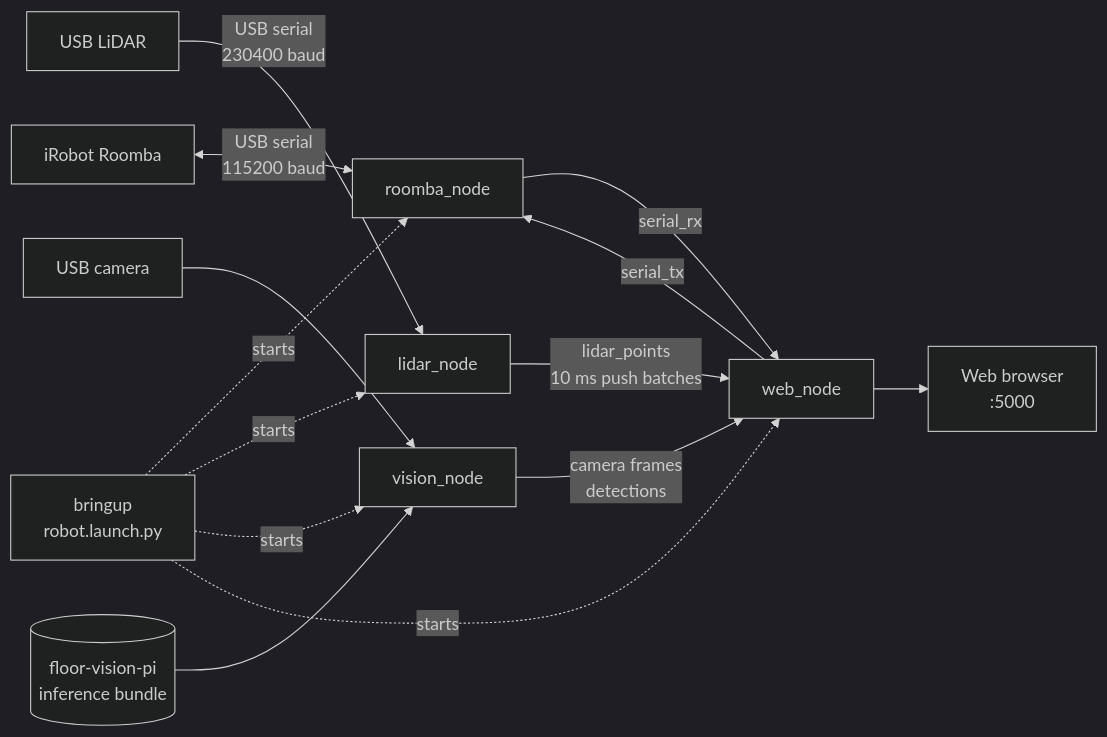
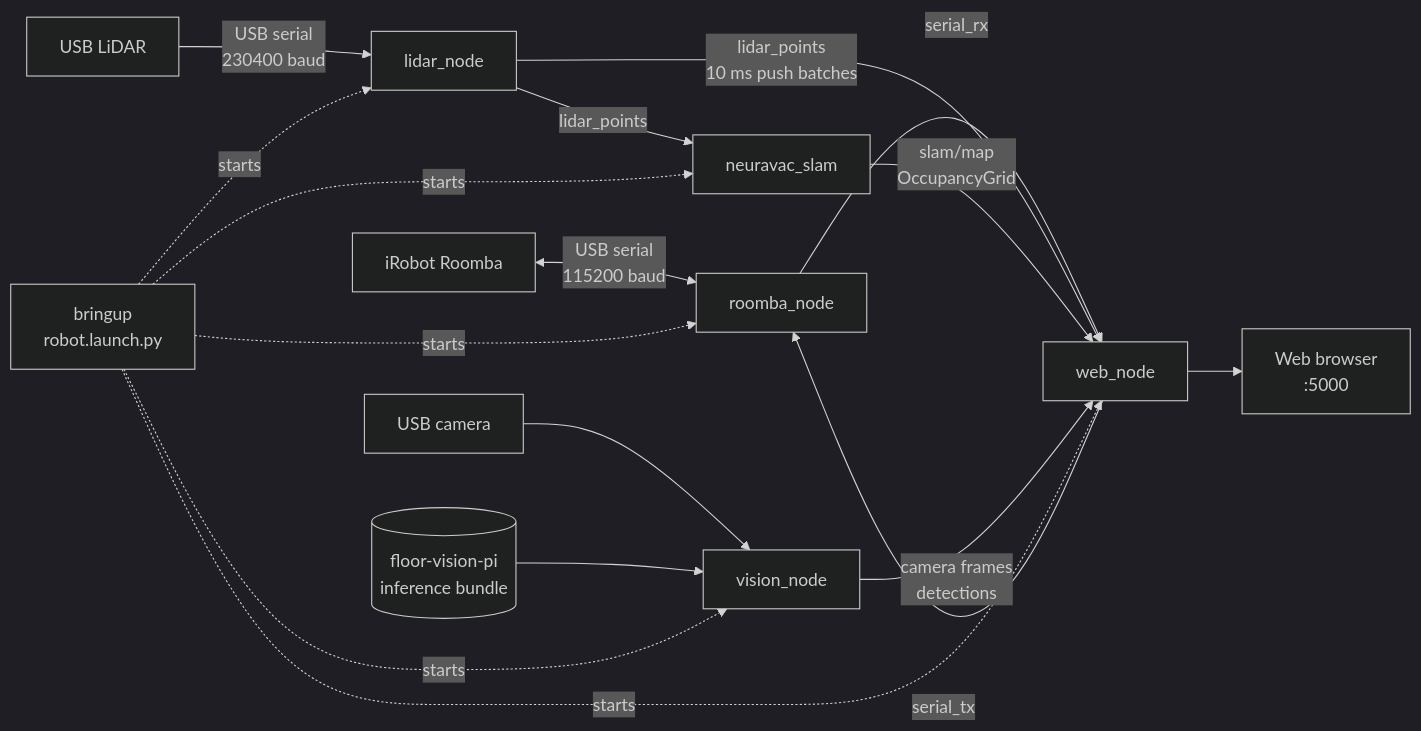
One commit to Ericdmch/NeuraVac changed the diagram in README.md. Above: the diagram before and after it, drawn with Mermaid (dark theme). The commit also changed other lines of this file and 10 other files, not shown here.

````diff
--- a/README.md
+++ b/README.md
@@ -25,17 +25,20 @@
 ```mermaid
 flowchart LR
     Roomba[ iRobot Roomba ] <-->|USB serial<br/>115200 baud| R[roomba_node]
     Lidar[USB LiDAR] -->|USB serial<br/>230400 baud| L[lidar_node]
+    L -->|lidar_points| S[neuravac_slam]
     Camera[USB camera] --> V[vision_node]
     Bundle[(floor-vision-pi<br/>inference bundle)] --> V
 
     R -->|serial_rx| W[web_node]
     W -->|serial_tx| R
     L -->|lidar_points<br/>10 ms push batches| W
+    S -->|slam/map<br/>OccupancyGrid| W
     V -->|camera frames<br/>detections| W
     W --> Browser[Web browser<br/>:5000]
     B[bringup<br/>robot.launch.py] -. starts .-> R
     B -. starts .-> L
+    B -. starts .-> S
     B -. starts .-> V
     B -. starts .-> W
 ```
````
